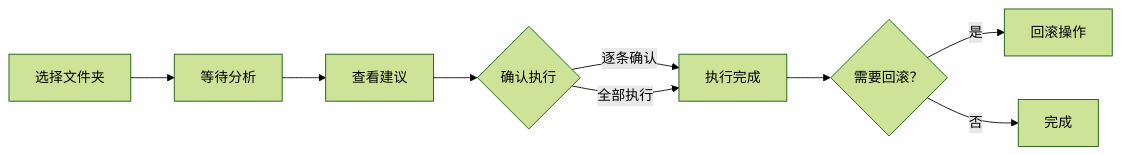
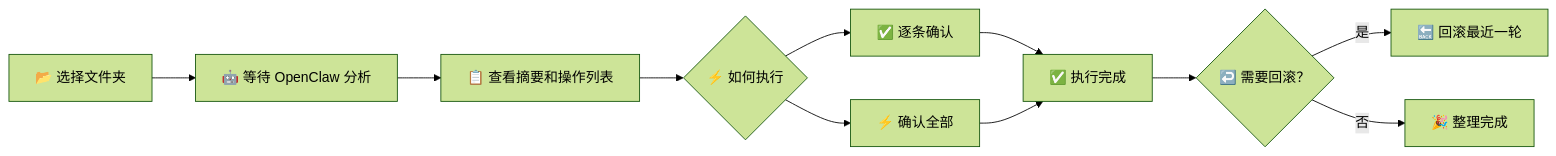
The diagram in README.md (lpz7777777/OpenClaw_Files), drawn with Mermaid (forest theme) before and after one commit. The commit also changed other lines of this file and 17 other files, not shown here.

````diff
--- a/README.md
+++ b/README.md
@@ -242,11 +322,13 @@
 ```mermaid
 graph LR
-    A[选择文件夹] --> B[等待分析]
-    B --> C[查看建议]
-    C --> D{确认执行}
-    D -->|逐条确认 | E[执行完成]
-    D -->|全部执行 | E
-    E --> F{需要回滚？}
-    F -->|是 | G[回滚操作]
-    F -->|否 | H[完成]
+    A[📂 选择文件夹] --> B[🤖 等待 OpenClaw 分析]
+    B --> C[📋 查看摘要和操作列表]
+    C --> D{⚡ 如何执行}
+    D --> E[✅ 逐条确认]
+    D --> F[⚡ 确认全部]
+    E --> G[✅ 执行完成]
+    F --> G
+    G --> H{↩️ 需要回滚？}
+    H -->|是 | I[🔙 回滚最近一轮]
+    H -->|否 | J[🎉 整理完成]
 ```
````
